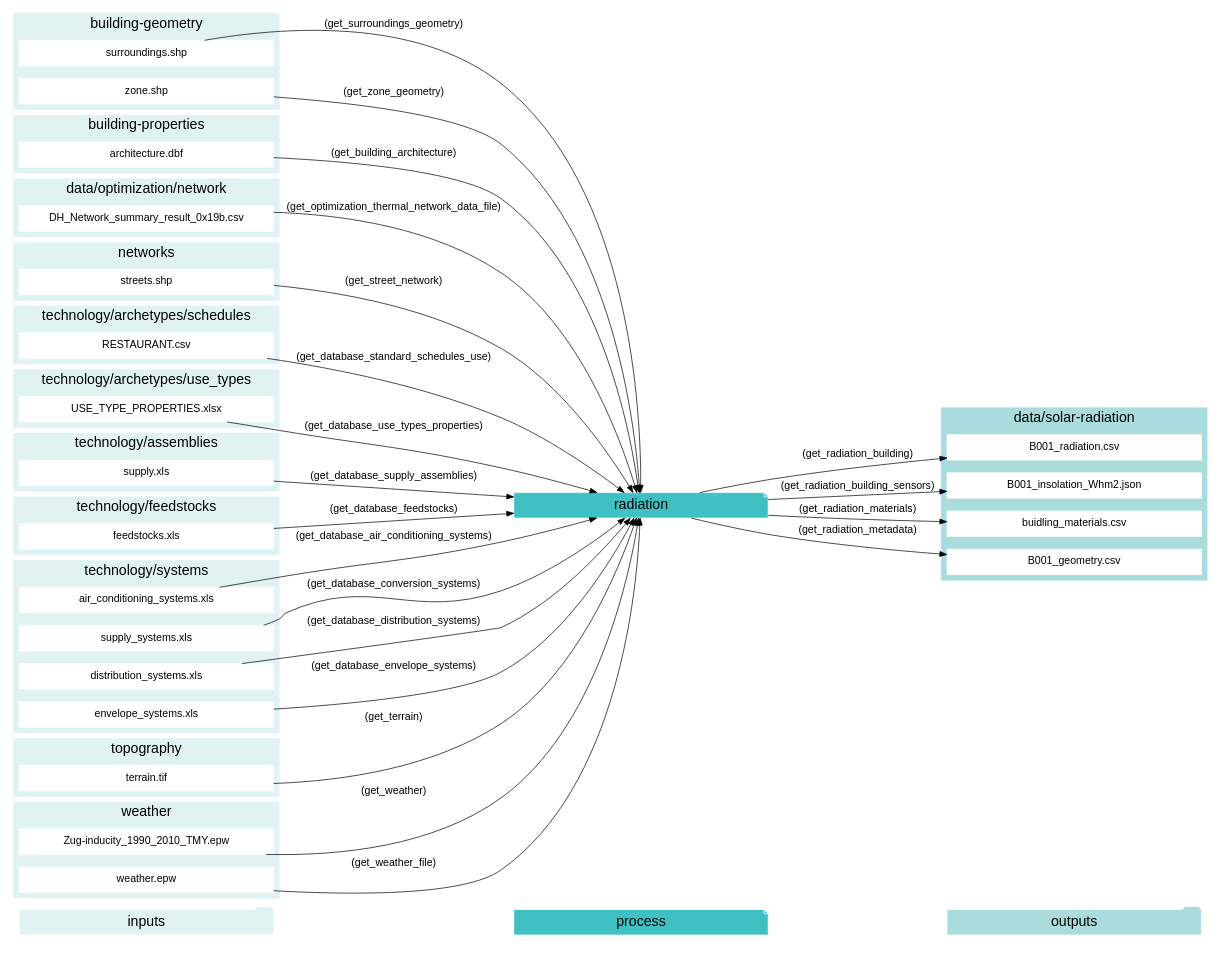
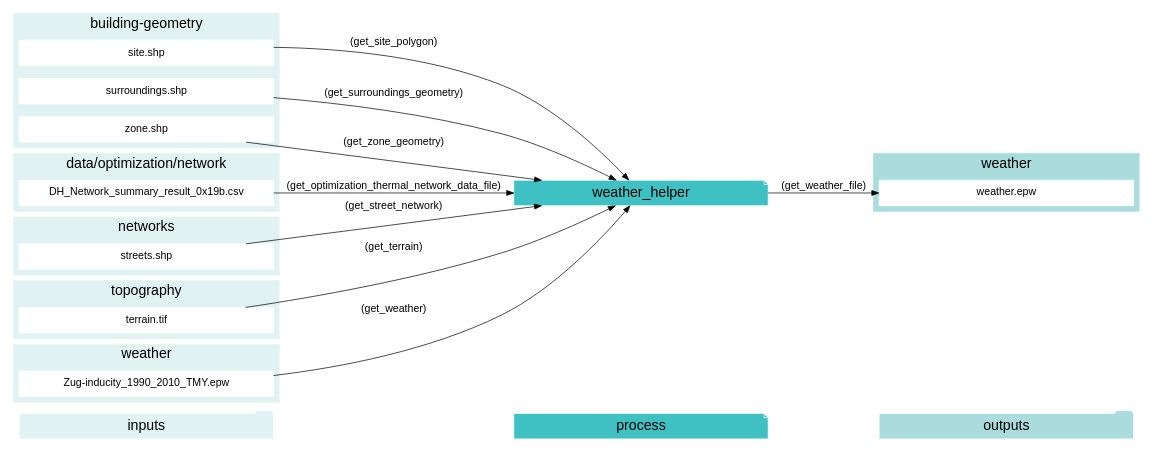
One commit to architecture-building-systems/CityEnergyAnalyst changed diagram 19 of 23 in docs/script-data-flow.rst. Above: the diagram before and after it, drawn with Graphviz. The commit also changed other lines of this file and 24 other files, not shown here.

```diff
--- a/docs/script-data-flow.rst
+++ b/docs/script-data-flow.rst
@@ -2833,13 +1983,14 @@
     "inputs"->"process"[style=invis]
     "process"->"outputs"[style=invis]
     }
-    "radiation"[style=filled, color=white, fillcolor="#3FC0C2", shape=note, fontsize=20, fontname=arial];
+    "weather_helper"[style=filled, color=white, fillcolor="#3FC0C2", shape=note, fontsize=20, fontname=arial];
     subgraph cluster_0_in {
         style = filled;
         color = "#E1F2F2";
         fontsize = 20;
         rank=same;
         label="building-geometry";
+        "site.shp"
         "surroundings.shp"
         "zone.shp"
     }
@@ -2848,29 +1999,10 @@
         color = "#E1F2F2";
         fontsize = 20;
         rank=same;
-        label="building-properties";
-        "architecture.dbf"
-    }
-    subgraph cluster_2_in {
-        style = filled;
-        color = "#E1F2F2";
-        fontsize = 20;
-        rank=same;
         label="data/optimization/network";
         "DH_Network_summary_result_0x19b.csv"
     }
-    subgraph cluster_3_out {
-        style = filled;
-        color = "#aadcdd";
-        fontsize = 20;
-        rank=same;
-        label="data/solar-radiation";
-        "B001_radiation.csv"
-        "B001_insolation_Whm2.json"
-        "buidling_materials.csv"
-        "B001_geometry.csv"
-    }
-    subgraph cluster_4_in {
+    subgraph cluster_2_in {
         style = filled;
         color = "#E1F2F2";
         fontsize = 20;
@@ -2878,50 +2010,7 @@
         label="networks";
         "streets.shp"
     }
-    subgraph cluster_5_in {
-        style = filled;
-        color = "#E1F2F2";
-        fontsize = 20;
-        rank=same;
-        label="technology/archetypes/schedules";
-        "RESTAURANT.csv"
-    }
-    subgraph cluster_6_in {
-        style = filled;
-        color = "#E1F2F2";
-        fontsize = 20;
-        rank=same;
-        label="technology/archetypes/use_types";
-        "USE_TYPE_PROPERTIES.xlsx"
-    }
-    subgraph cluster_7_in {
-        style = filled;
-        color = "#E1F2F2";
-        fontsize = 20;
-        rank=same;
-        label="technology/assemblies";
-        "supply.xls"
-    }
-    subgraph cluster_8_in {
-        style = filled;
-        color = "#E1F2F2";
-        fontsize = 20;
-        rank=same;
-        label="technology/feedstocks";
-        "feedstocks.xls"
-    }
-    subgraph cluster_9_in {
-        style = filled;
-        color = "#E1F2F2";
-        fontsize = 20;
-        rank=same;
-        label="technology/systems";
-        "air_conditioning_systems.xls"
-        "supply_systems.xls"
-        "distribution_systems.xls"
-        "envelope_systems.xls"
-    }
-    subgraph cluster_10_in {
+    subgraph cluster_3_in {
         style = filled;
         color = "#E1F2F2";
         fontsize = 20;
@@ -2929,33 +2018,28 @@
         label="topography";
         "terrain.tif"
     }
-    subgraph cluster_11_in {
+    subgraph cluster_4_in {
         style = filled;
         color = "#E1F2F2";
         fontsize = 20;
         rank=same;
         label="weather";
         "Zug-inducity_1990_2010_TMY.epw"
+    }
+    subgraph cluster_4_out {
+        style = filled;
+        color = "#aadcdd";
+        fontsize = 20;
+        rank=same;
+        label="weather";
         "weather.epw"
     }
-    "architecture.dbf" -> "radiation"[label="(get_building_architecture)"]
-    "air_conditioning_systems.xls" -> "radiation"[label="(get_database_air_conditioning_systems)"]
-    "supply_systems.xls" -> "radiation"[label="(get_database_conversion_systems)"]
-    "distribution_systems.xls" -> "radiation"[label="(get_database_distribution_systems)"]
-    "envelope_systems.xls" -> "radiation"[label="(get_database_envelope_systems)"]
-    "feedstocks.xls" -> "radiation"[label="(get_database_feedstocks)"]
-    "RESTAURANT.csv" -> "radiation"[label="(get_database_standard_schedules_use)"]
-    "supply.xls" -> "radiation"[label="(get_database_supply_assemblies)"]
-    "USE_TYPE_PROPERTIES.xlsx" -> "radiation"[label="(get_database_use_types_properties)"]
-    "DH_Network_summary_result_0x19b.csv" -> "radiation"[label="(get_optimization_thermal_network_data_file)"]
-    "streets.shp" -> "radiation"[label="(get_street_network)"]
-    "surroundings.shp" -> "radiation"[label="(get_surroundings_geometry)"]
-    "terrain.tif" -> "radiation"[label="(get_terrain)"]
-    "Zug-inducity_1990_2010_TMY.epw" -> "radiation"[label="(get_weather)"]
-    "weather.epw" -> "radiation"[label="(get_weather_file)"]
-    "zone.shp" -> "radiation"[label="(get_zone_geometry)"]
-    "radiation" -> "B001_radiation.csv"[label="(get_radiation_building)"]
-    "radiation" -> "B001_insolation_Whm2.json"[label="(get_radiation_building_sensors)"]
-    "radiation" -> "buidling_materials.csv"[label="(get_radiation_materials)"]
-    "radiation" -> "B001_geometry.csv"[label="(get_radiation_metadata)"]
+    "DH_Network_summary_result_0x19b.csv" -> "weather_helper"[label="(get_optimization_thermal_network_data_file)"]
+    "site.shp" -> "weather_helper"[label="(get_site_polygon)"]
+    "streets.shp" -> "weather_helper"[label="(get_street_network)"]
+    "surroundings.shp" -> "weather_helper"[label="(get_surroundings_geometry)"]
+    "terrain.tif" -> "weather_helper"[label="(get_terrain)"]
+    "Zug-inducity_1990_2010_TMY.epw" -> "weather_helper"[label="(get_weather)"]
+    "zone.shp" -> "weather_helper"[label="(get_zone_geometry)"]
+    "weather_helper" -> "weather.epw"[label="(get_weather_file)"]
     }
```
